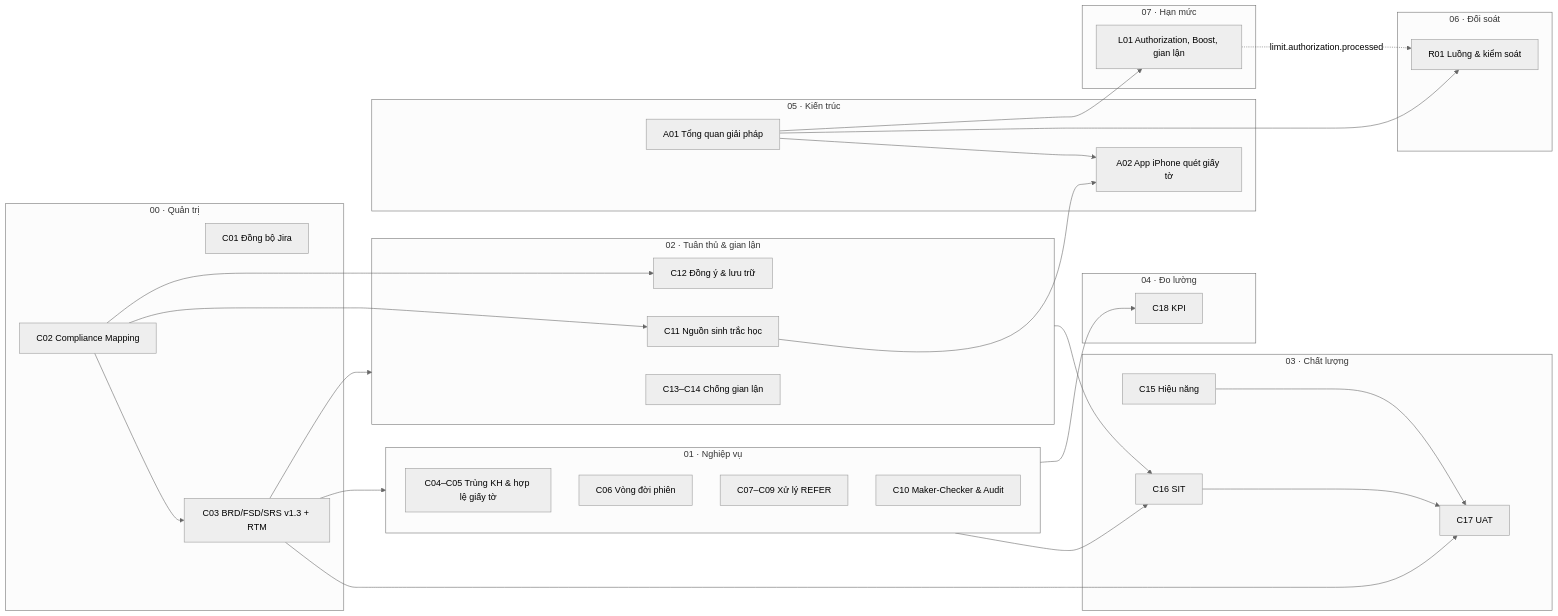
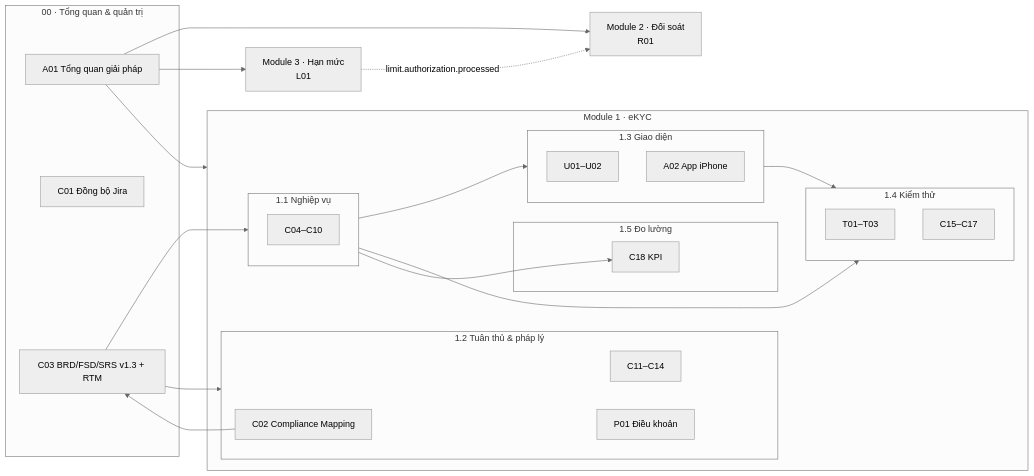
Before and after one commit to handao2303/aegis-ekyc-ui: the diagram in docs/README.md, drawn with Mermaid (neutral theme). The commit also changed other lines of this file and 29 other files, not shown here.

````diff
--- a/docs/README.md
+++ b/docs/README.md
@@ -12,53 +29,43 @@
 ```mermaid
 flowchart LR
-    subgraph G["00 · Quản trị"]
+    subgraph O["00 · Tổng quan & quản trị"]
+        A01["A01 Tổng quan giải pháp"]
         C01["C01 Đồng bộ Jira"]
-        C02["C02 Compliance Mapping"]
         C03["C03 BRD/FSD/SRS v1.3 + RTM"]
     end
-    subgraph B["01 · Nghiệp vụ"]
-        C0405["C04–C05 Trùng KH & hợp lệ giấy tờ"]
-        C06["C06 Vòng đời phiên"]
-        C0709["C07–C09 Xử lý REFER"]
-        C10["C10 Maker-Checker & Audit"]
+    subgraph M1["Module 1 · eKYC"]
+        subgraph B["1.1 Nghiệp vụ"]
+            C0410["C04–C10"]
+        end
+        subgraph P["1.2 Tuân thủ & pháp lý"]
+            C02["C02 Compliance Mapping"]
+            C1114["C11–C14"]
+            P01["P01 Điều khoản"]
+        end
+        subgraph U["1.3 Giao diện"]
+            U0102["U01–U02"]
+            A02["A02 App iPhone"]
+        end
+        subgraph T["1.4 Kiểm thử"]
+            T0103["T01–T03"]
+            C1517["C15–C17"]
+        end
+        subgraph K["1.5 Đo lường"]
+            C18["C18 KPI"]
+        end
     end
-    subgraph P["02 · Tuân thủ & gian lận"]
-        C11["C11 Nguồn sinh trắc học"]
-        C12["C12 Đồng ý & lưu trữ"]
-        C1314["C13–C14 Chống gian lận"]
-    end
-    subgraph Q["03 · Chất lượng"]
-        C15["C15 Hiệu năng"]
-        C16["C16 SIT"]
-        C17["C17 UAT"]
-    end
-    subgraph A["04 · Đo lường"]
-        C18["C18 KPI"]
-    end
-    subgraph X["05 · Kiến trúc"]
-        A01["A01 Tổng quan giải pháp"]
-        A02["A02 App iPhone quét giấy tờ"]
-    end
-    subgraph RC["06 · Đối soát"]
-        R01["R01 Luồng & kiểm soát"]
-    end
-    subgraph LM["07 · Hạn mức"]
-        L01["L01 Authorization, Boost, gian lận"]
-    end
+    R01["Module 2 · Đối soát<br/>R01"]
+    L01["Module 3 · Hạn mức<br/>L01"]
     C02 --> C03
-    C02 --> C11
-    C02 --> C12
     C03 --> B
     C03 --> P
-    B --> C16
-    P --> C16
-    C16 --> C17
-    C03 --> C17
-    C15 --> C17
+    B --> U
+    P --> P01
+    B --> T
+    U --> T
     B --> C18
-    A01 --> A02
+    A01 --> M1
     A01 --> R01
     A01 --> L01
-    C11 --> A02
     L01 -. "limit.authorization.processed" .-> R01
 ```
````
